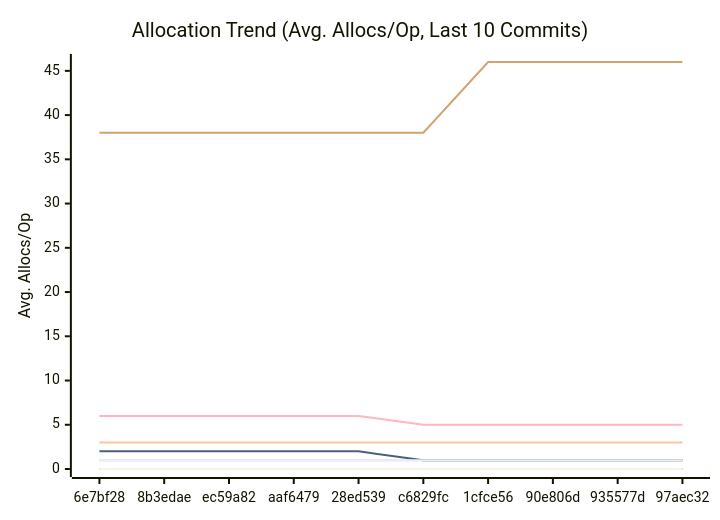
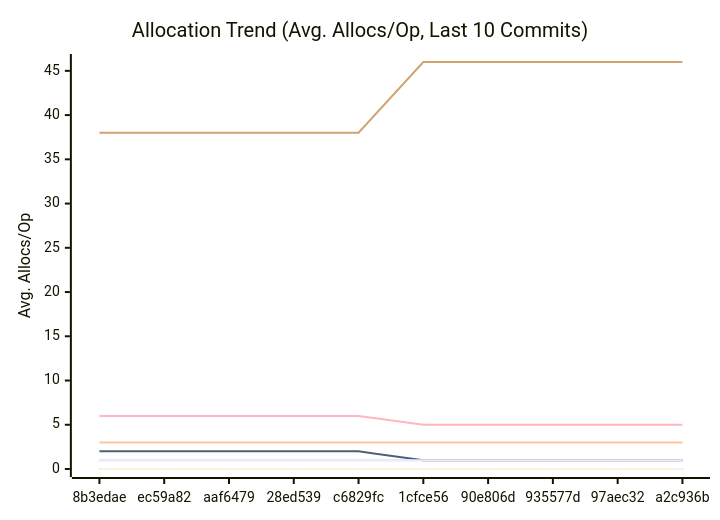
One commit to alsotoes/momo changed the third of 3 diagrams in docs/PERFORMANCE.md. Above: the diagram before and after it, drawn with Mermaid. The commit also changed other lines of this file and 5 other files, not shown here.

````diff
--- a/docs/PERFORMANCE.md
+++ b/docs/PERFORMANCE.md
@@ -176,18 +176,18 @@
 ```mermaid
 xychart-beta
     title "Allocation Trend (Avg. Allocs/Op, Last 10 Commits)"
     x-axis "Commit"
     y-axis "Avg. Allocs/Op"
-    x-axis [6e7bf28,8b3edae,ec59a82,aaf6479,28ed539,c6829fc,1cfce56,90e806d,935577d,97aec32]
+    x-axis [8b3edae,ec59a82,aaf6479,28ed539,c6829fc,1cfce56,90e806d,935577d,97aec32,a2c936b]
     line "CheckMetricsAndSwap" [0,0,0,0,0,0,0,0,0,0]
     line "CrushOptimized" [0,0,0,0,0,0,0,0,0,0]
     line "CrushOriginal" [3,3,3,3,3,3,3,3,3,3]
     line "IndexDirectTracking" [0,0,0,0,0,0,0,0,0,0]
     line "IndexSearch" [0,0,0,0,0,0,0,0,0,0]
-    line "LoadGlobalConfig" [38,38,38,38,38,38,46,46,46,46]
+    line "LoadGlobalConfig" [38,38,38,38,38,46,46,46,46,46]
     line "PadString" [1,1,1,1,1,1,1,1,1,1]
     line "ParseReplicationOrder_NoPrealloc" [6,6,6,6,6,5,5,5,5,5]
     line "ParseReplicationOrder_Prealloc" [2,2,2,2,2,1,1,1,1,1]
     line "SanitizeLog/Safe" [0,0,0,0,0,0,0,0,0,0]
     line "SanitizeLog/Unsafe" [1,1,1,1,1,1,1,1,1,1]
 ```
````
